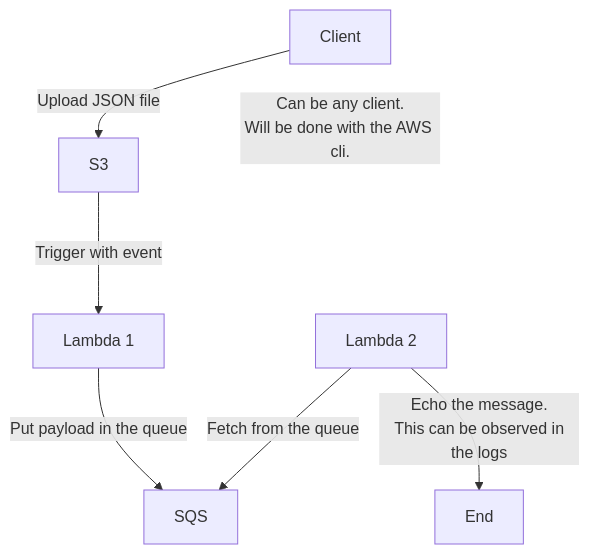
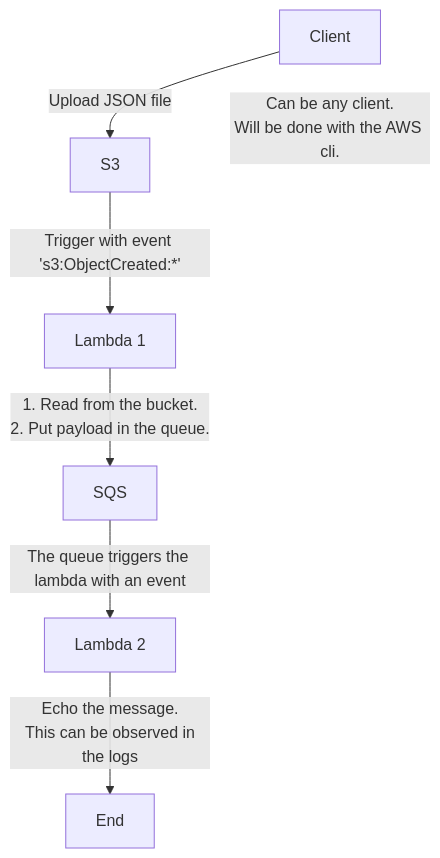
Before and after one commit to magdyamr542/terraform-aws: the diagram in README.md, drawn with Mermaid. The commit also changed 2 other files, not shown here.

Commit message:
Refactoring

````diff
--- a/README.md
+++ b/README.md
@@ -3,10 +3,10 @@
 ```mermaid
 flowchart TB
    Client[Client] --Upload JSON file--> S3[S3]
    Client ~~~|"Can be any client.\nWill be done with the AWS cli."| Client
-   S3[S3] --Trigger with event--> Lambda[Lambda]
-   Lambda[Lambda 1] --Put payload in the queue--> SQS[SQS]
-   Lambda_2[Lambda 2] --Fetch from the queue--> SQS
+   S3[S3] --Trigger with event 's3:ObjectCreated:*'--> Lambda[Lambda]
+   Lambda[Lambda 1] --1. Read from the bucket.\n2. Put payload in the queue.--> SQS[SQS]
+   SQS --The queue triggers the lambda with an event--> Lambda_2
    Lambda_2[Lambda 2] --Echo the message.\n This can be observed in the logs--> End
 
 ```
````
